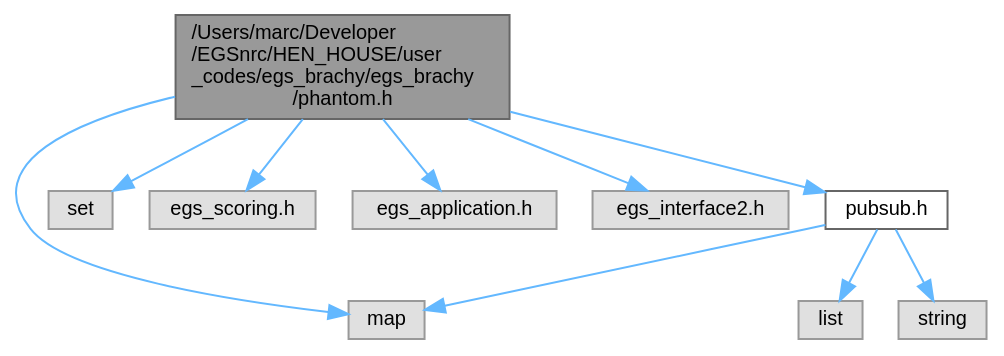
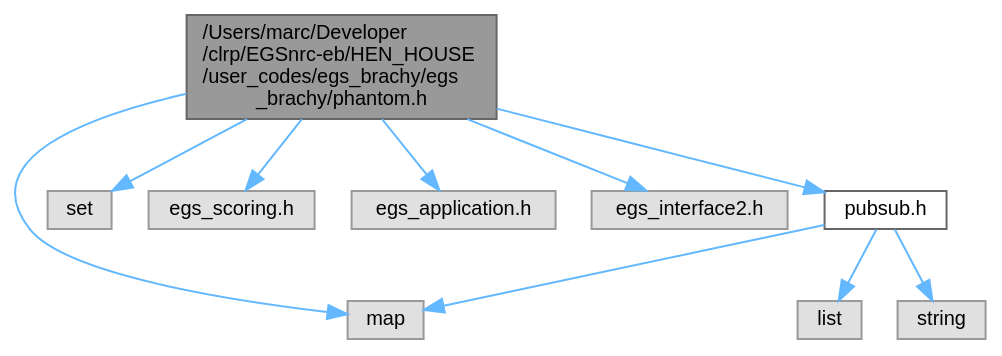
One commit to clrp-code/egs_brachy changed the diagram in docs/phantom_8h__incl.dot. Above: the diagram before and after it, drawn with Graphviz. The commit also changed 1055 other files, not shown here.

```diff
--- a/docs/phantom_8h__incl.dot
+++ b/docs/phantom_8h__incl.dot
@@ -1,25 +1,25 @@
-digraph "/Users/marc/Developer/EGSnrc/HEN_HOUSE/user_codes/egs_brachy/egs_brachy/phantom.h"
+digraph "/Users/marc/Developer/clrp/EGSnrc-eb/HEN_HOUSE/user_codes/egs_brachy/egs_brachy/phantom.h"
 {
  // LATEX_PDF_SIZE
   bgcolor="transparent";
   edge [fontname=Helvetica,fontsize=10,labelfontname=Helvetica,labelfontsize=10];
   node [fontname=Helvetica,fontsize=10,shape=box,height=0.2,width=0.4];
-  Node1 [id="Node000001",label="/Users/marc/Developer\l/EGSnrc/HEN_HOUSE/user\l_codes/egs_brachy/egs_brachy\l/phantom.h",height=0.2,width=0.4,color="gray40", fillcolor="grey60", style="filled", fontcolor="black",tooltip="Header file for phantom objects."];
+  Node1 [id="Node000001",label="/Users/marc/Developer\l/clrp/EGSnrc-eb/HEN_HOUSE\l/user_codes/egs_brachy/egs\l_brachy/phantom.h",height=0.2,width=0.4,color="gray40", fillcolor="grey60", style="filled", fontcolor="black",tooltip="Header file for phantom objects."];
   Node1 -> Node2 [id="edge1_Node000001_Node000002",color="steelblue1",style="solid",tooltip=" "];
   Node2 [id="Node000002",label="map",height=0.2,width=0.4,color="grey60", fillcolor="#E0E0E0", style="filled",tooltip=" "];
   Node1 -> Node3 [id="edge2_Node000001_Node000003",color="steelblue1",style="solid",tooltip=" "];
   Node3 [id="Node000003",label="set",height=0.2,width=0.4,color="grey60", fillcolor="#E0E0E0", style="filled",tooltip=" "];
   Node1 -> Node4 [id="edge3_Node000001_Node000004",color="steelblue1",style="solid",tooltip=" "];
   Node4 [id="Node000004",label="egs_scoring.h",height=0.2,width=0.4,color="grey60", fillcolor="#E0E0E0", style="filled",tooltip=" "];
   Node1 -> Node5 [id="edge4_Node000001_Node000005",color="steelblue1",style="solid",tooltip=" "];
   Node5 [id="Node000005",label="egs_application.h",height=0.2,width=0.4,color="grey60", fillcolor="#E0E0E0", style="filled",tooltip=" "];
   Node1 -> Node6 [id="edge5_Node000001_Node000006",color="steelblue1",style="solid",tooltip=" "];
   Node6 [id="Node000006",label="egs_interface2.h",height=0.2,width=0.4,color="grey60", fillcolor="#E0E0E0", style="filled",tooltip=" "];
   Node1 -> Node7 [id="edge6_Node000001_Node000007",color="steelblue1",style="solid",tooltip=" "];
   Node7 [id="Node000007",label="pubsub.h",height=0.2,width=0.4,color="grey40", fillcolor="white", style="filled",URL="$pubsub_8h.html",tooltip="A simple pub/sub module to allow various egs_brachy classes to subscribe to particle events."];
   Node7 -> Node8 [id="edge7_Node000007_Node000008",color="steelblue1",style="solid",tooltip=" "];
   Node8 [id="Node000008",label="list",height=0.2,width=0.4,color="grey60", fillcolor="#E0E0E0", style="filled",tooltip=" "];
   Node7 -> Node9 [id="edge8_Node000007_Node000009",color="steelblue1",style="solid",tooltip=" "];
   Node9 [id="Node000009",label="string",height=0.2,width=0.4,color="grey60", fillcolor="#E0E0E0", style="filled",tooltip=" "];
   Node7 -> Node2 [id="edge9_Node000007_Node000002",color="steelblue1",style="solid",tooltip=" "];
 }
```
